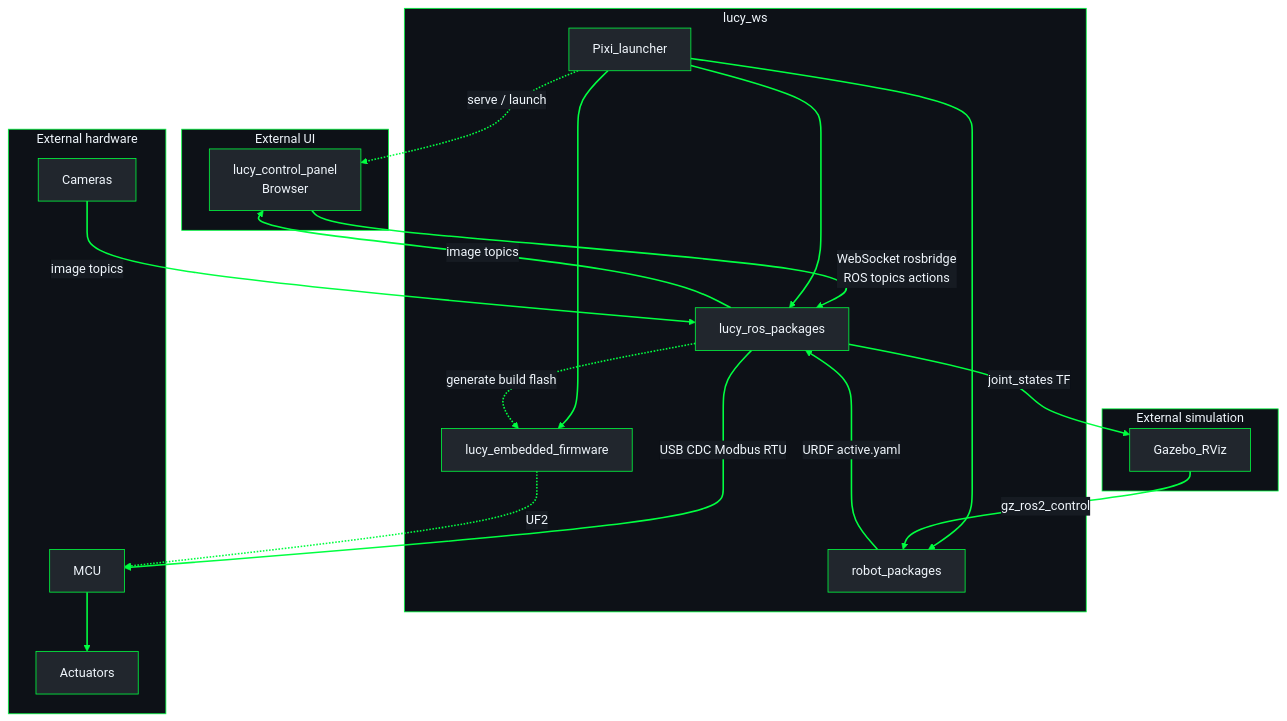
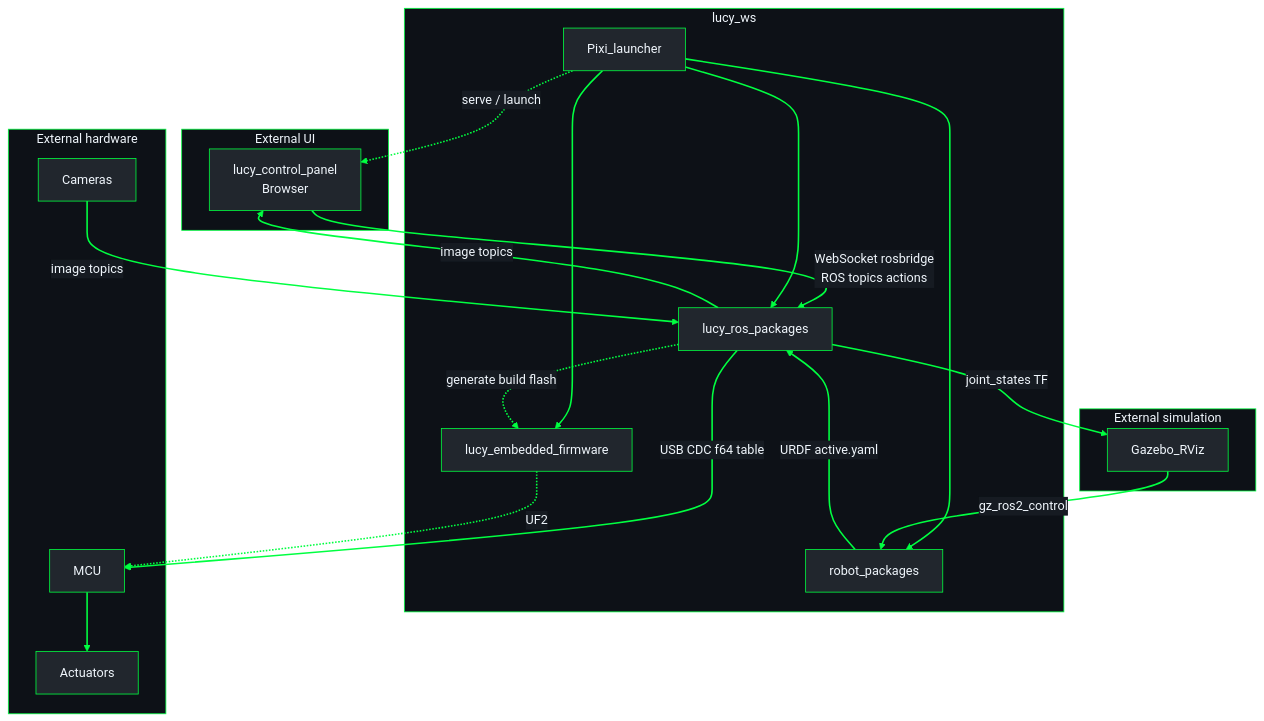
The diagram in docs/architecture/overview.md (Lucy-Robotics/lucy_ws), drawn with Mermaid before and after one commit. The commit also changed other lines of this file and 2 other files, not shown here.

First line of the commit message:
docs: replace Modbus/milliradian overview with f64 CDC path

````diff
--- a/docs/architecture/overview.md
+++ b/docs/architecture/overview.md
@@ -12,41 +12,41 @@
 ```mermaid
 %%{init: {"theme": "base", "themeVariables": {"darkMode": true, "background": "#0d1117", "mainBkg": "#21262d", "primaryColor": "#21262d", "primaryTextColor": "#f0f6fc", "primaryBorderColor": "#00FF41", "secondaryColor": "#161b22", "secondaryTextColor": "#f0f6fc", "secondaryBorderColor": "#00FF41", "tertiaryColor": "#161b22", "tertiaryTextColor": "#f0f6fc", "tertiaryBorderColor": "#00FF41", "lineColor": "#00FF41", "textColor": "#f0f6fc", "nodeTextColor": "#f0f6fc", "edgeLabelBackground": "#161b22", "clusterBkg": "#0d1117", "clusterBorder": "#00FF41", "titleColor": "#f0f6fc"}}}%%
 flowchart TB
   subgraph externalUi ["External UI"]
     LCP["lucy_control_panel\nBrowser"]
   end
 
   subgraph lucyWs ["lucy_ws"]
     Pixi["Pixi_launcher"]
     ROS["lucy_ros_packages"]
     FW["lucy_embedded_firmware"]
     Robots["robot_packages"]
   end
 
   subgraph externalHw ["External hardware"]
     MCU["MCU"]
     Actuators["Actuators"]
     Cams["Cameras"]
   end
 
   subgraph externalSim ["External simulation"]
     Gazebo["Gazebo_RViz"]
   end
 
   LCP -->|"WebSocket rosbridge\nROS topics actions"| ROS
   Pixi -.->|"serve / launch"| LCP
   Pixi --> ROS
   Pixi --> FW
   Pixi --> Robots
   Robots -->|"URDF active.yaml"| ROS
   ROS -.->|"generate build flash"| FW
-  ROS -->|"USB CDC Modbus RTU"| MCU
+  ROS -->|"USB CDC f64 table"| MCU
   FW -.->|"UF2"| MCU
   MCU --> Actuators
   Cams -->|"image topics"| ROS
   ROS -->|"image topics"| LCP
   ROS -->|"joint_states TF"| Gazebo
   Gazebo -->|"gz_ros2_control"| Robots
 
   linkStyle default stroke:#00FF41,stroke-width:2px
 ```
````
